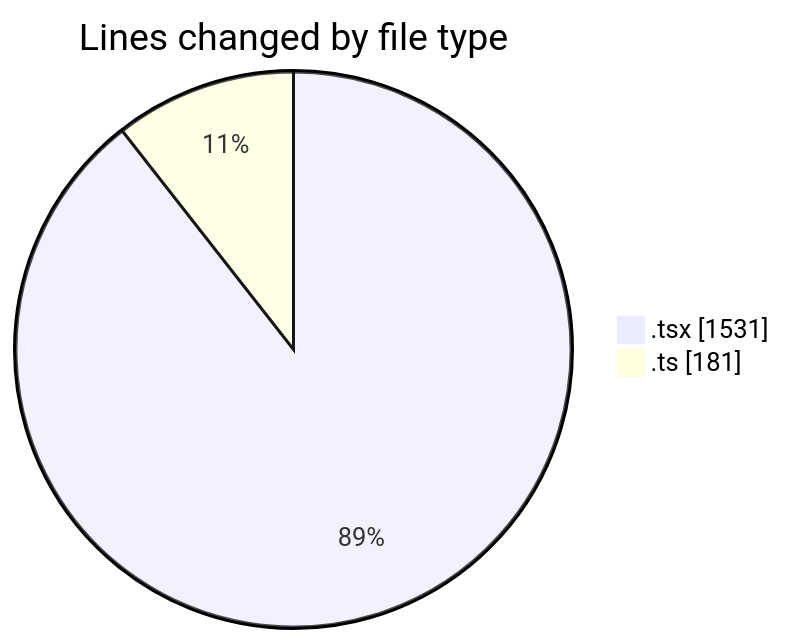
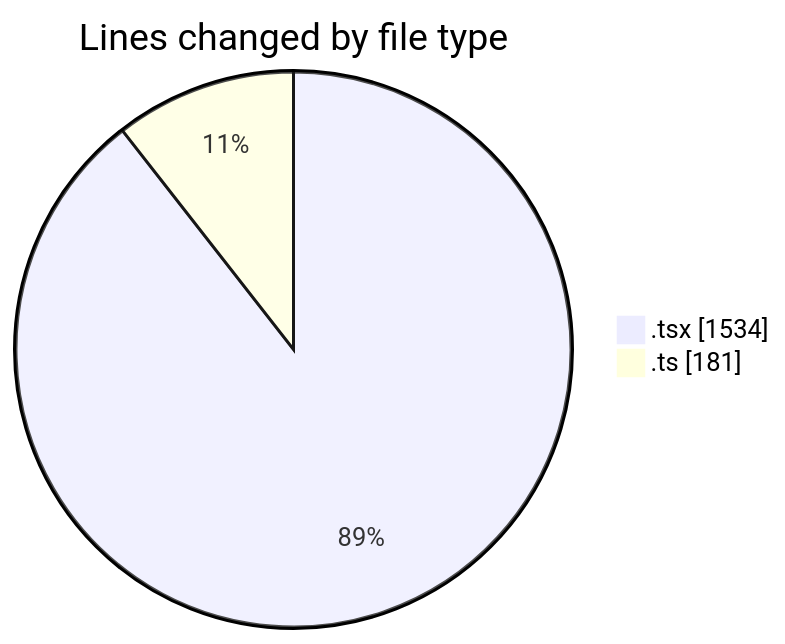
The first of 2 diagrams in 2025-02-18/mbc-web/README.md (robertbonfada/code-tracking), drawn with Mermaid before and after one commit. The commit also changed other lines of this file and 1 other file, not shown here.

````diff
--- a/2025-02-18/mbc-web/README.md
+++ b/2025-02-18/mbc-web/README.md
@@ -25,6 +25,6 @@
 ```mermaid
 pie showData
 title Lines changed by file type
-".tsx" : 1531
+".tsx" : 1534
 ".ts" : 181
 ```
````
